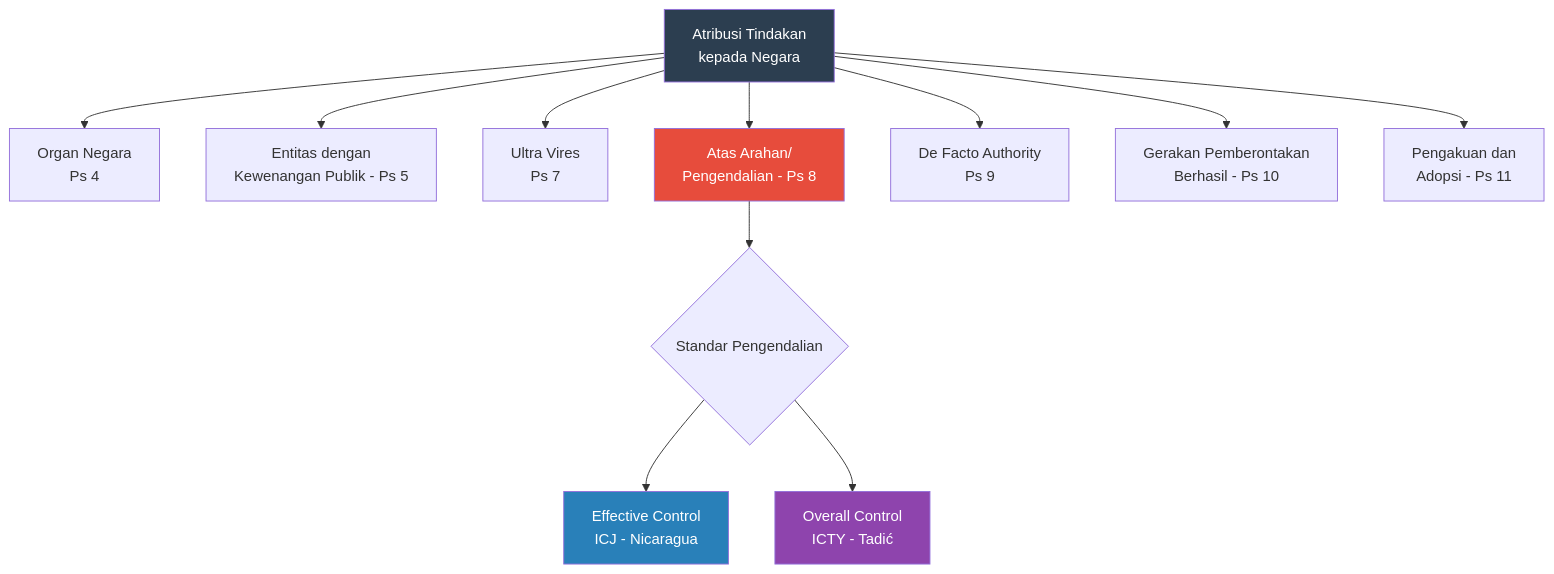
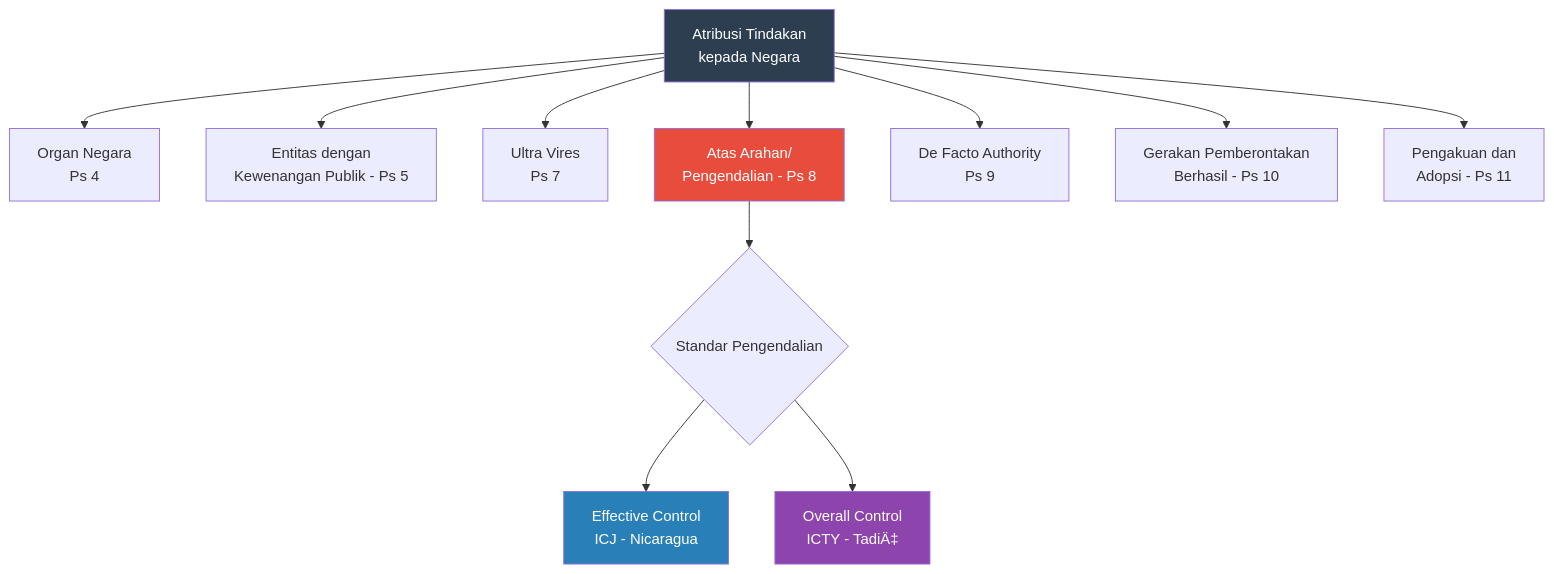
One commit to movanet/mova-quartz changed the second of 4 diagrams in content/07-IntLaw/07-Tanggung-Jawab.md. Above: the diagram before and after it, drawn with Mermaid. The commit also changed other lines of this file and 171 other files, not shown here.

````diff
--- a/content/07-IntLaw/07-Tanggung-Jawab.md
+++ b/content/07-IntLaw/07-Tanggung-Jawab.md
@@ -171,17 +171,17 @@
 ```mermaid
 graph TB
     A[Atribusi Tindakan<br/>kepada Negara] --> B[Organ Negara<br/>Ps 4]
     A --> C[Entitas dengan<br/>Kewenangan Publik - Ps 5]
     A --> D[Ultra Vires<br/>Ps 7]
     A --> E[Atas Arahan/<br/>Pengendalian - Ps 8]
     A --> F[De Facto Authority<br/>Ps 9]
     A --> G[Gerakan Pemberontakan<br/>Berhasil - Ps 10]
     A --> H[Pengakuan dan<br/>Adopsi - Ps 11]
     E --> I{Standar Pengendalian}
     I --> J[Effective Control<br/>ICJ - Nicaragua]
-    I --> K[Overall Control<br/>ICTY - Tadić]
+    I --> K[Overall Control<br/>ICTY - TadiÄ‡]
     style A fill:#2c3e50,color:#fff
     style E fill:#e74c3c,color:#fff
     style J fill:#2980b9,color:#fff
     style K fill:#8e44ad,color:#fff
 ```
````
